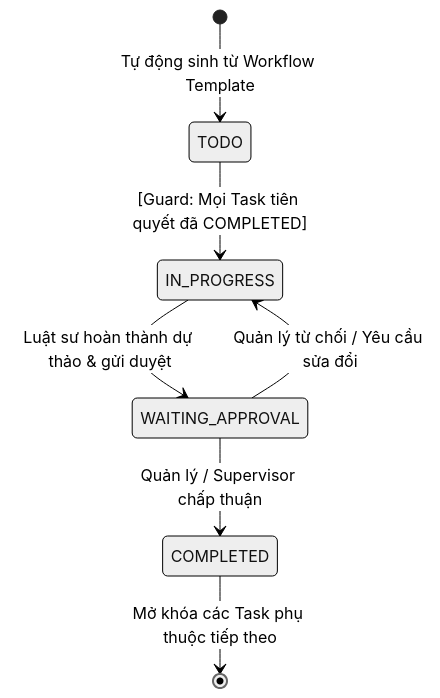
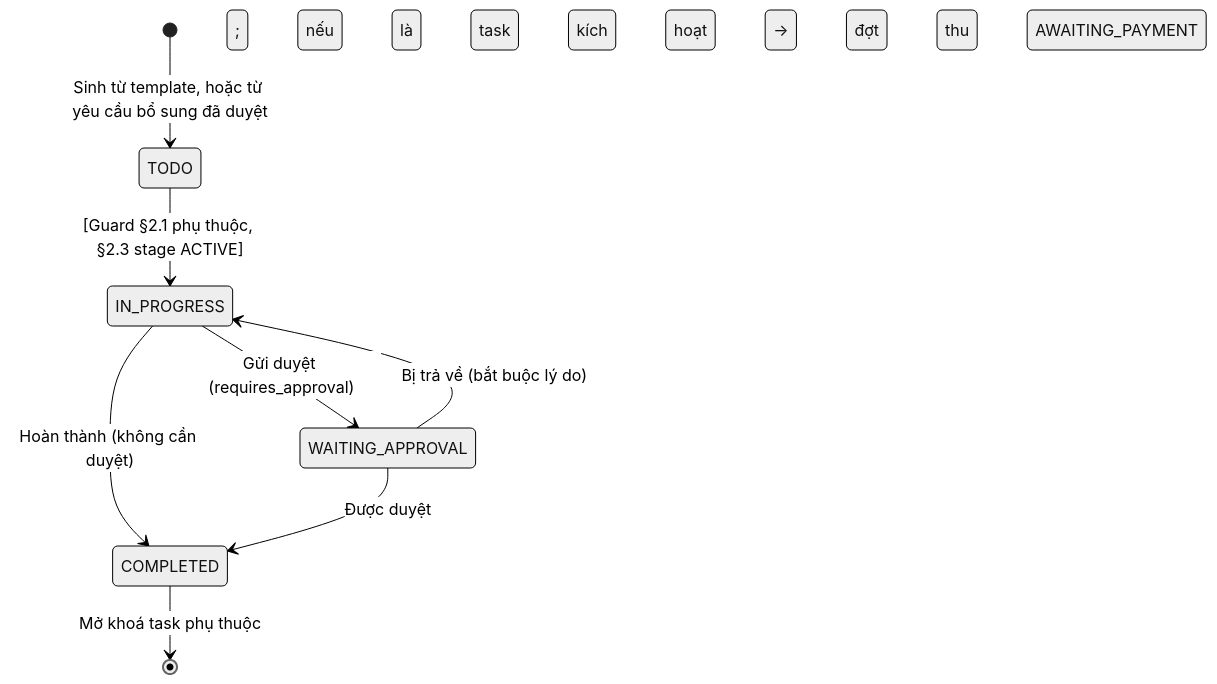
The fourth of 6 diagrams in docs/12-business-rules.md (namth/asl-erp-v2), drawn with Mermaid (neutral theme) before and after one commit. The commit also changed other lines of this file and 84 other files, not shown here.

````diff
--- a/docs/12-business-rules.md
+++ b/docs/12-business-rules.md
@@ -40,12 +64,10 @@
 ```mermaid
 stateDiagram-v2
-    [*] --> TODO: Tự động sinh từ Workflow Template
-    
-    TODO --> IN_PROGRESS: [Guard: Mọi Task tiên quyết đã COMPLETED]
-    IN_PROGRESS --> WAITING_APPROVAL: Luật sư hoàn thành dự thảo & gửi duyệt
-    
-    WAITING_APPROVAL --> COMPLETED: Quản lý / Supervisor chấp thuận
-    WAITING_APPROVAL --> IN_PROGRESS: Quản lý từ chối / Yêu cầu sửa đổi
-    
-    COMPLETED --> [*]: Mở khóa các Task phụ thuộc tiếp theo
+    [*] --> TODO: Sinh từ template, hoặc từ yêu cầu bổ sung đã duyệt
+    TODO --> IN_PROGRESS: [Guard §2.1 phụ thuộc, §2.3 stage ACTIVE]
+    IN_PROGRESS --> WAITING_APPROVAL: Gửi duyệt (requires_approval)
+    IN_PROGRESS --> COMPLETED: Hoàn thành (không cần duyệt)
+    WAITING_APPROVAL --> COMPLETED: Được duyệt
+    WAITING_APPROVAL --> IN_PROGRESS: Bị trả về (bắt buộc lý do)
+    COMPLETED --> [*]: Mở khoá task phụ thuộc; nếu là task kích hoạt → đợt thu AWAITING_PAYMENT
 ```
````
